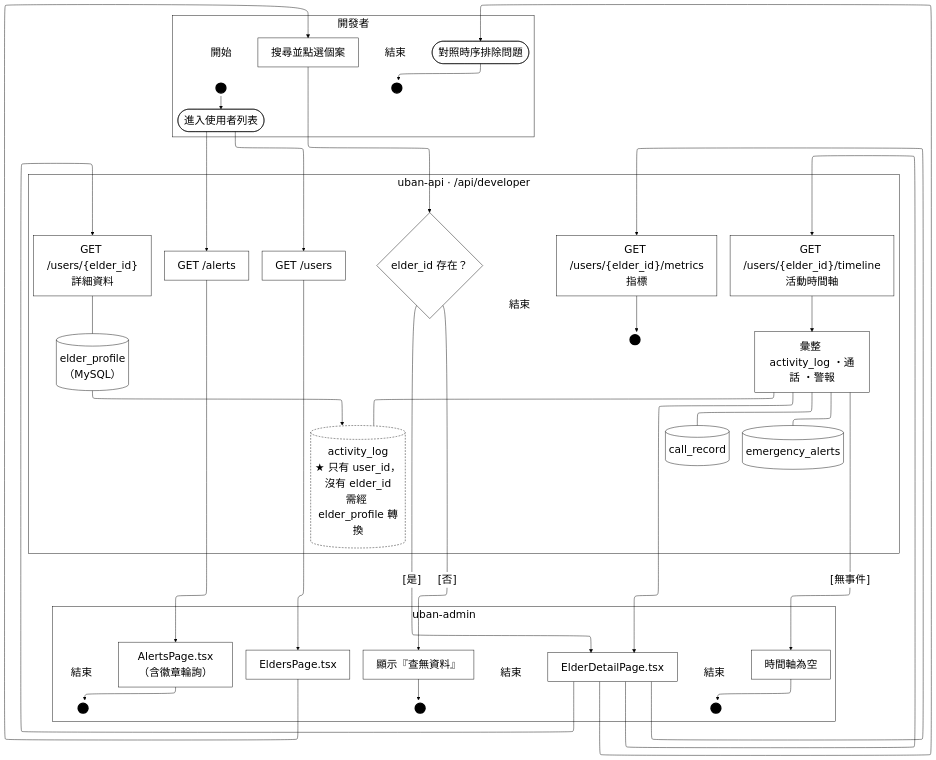
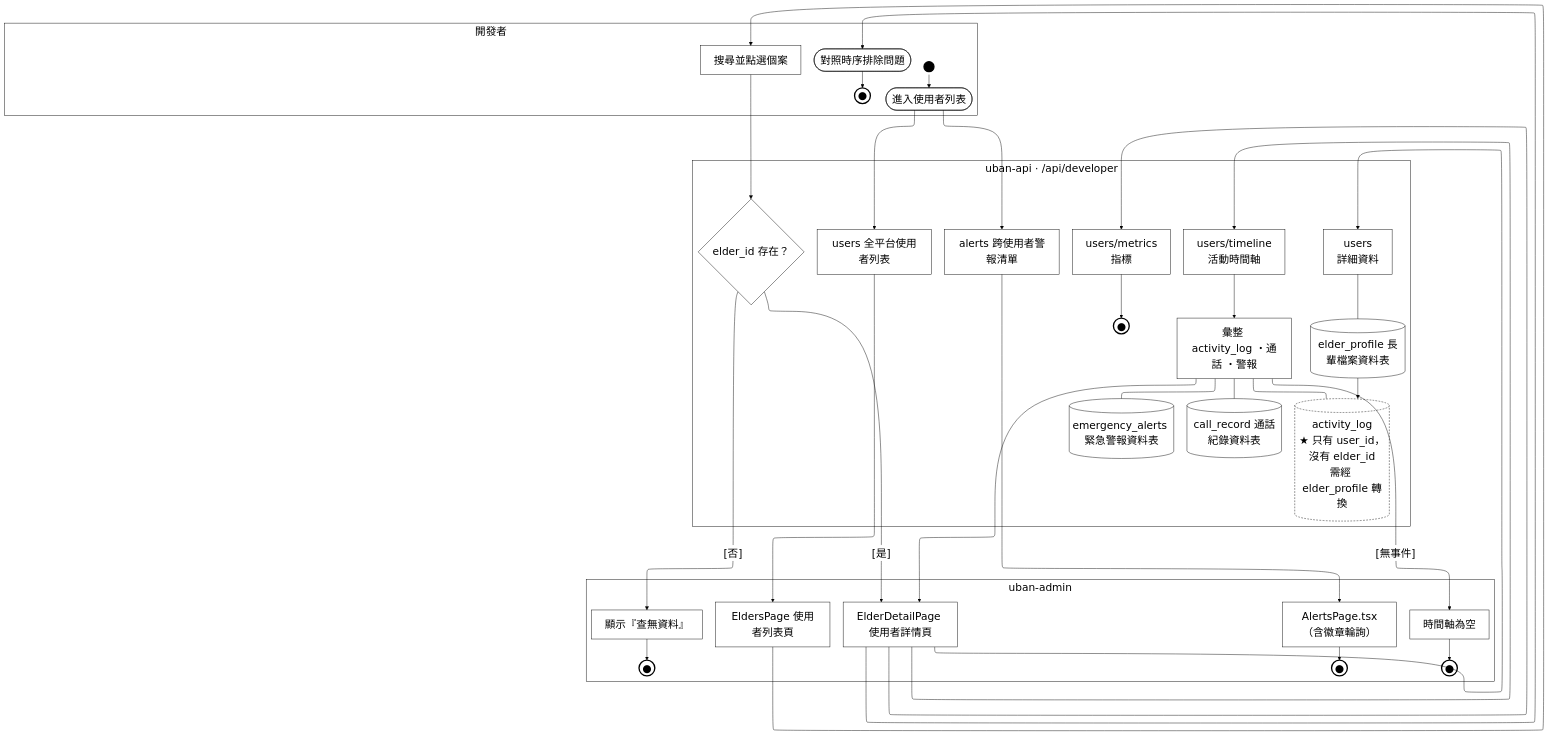
Before and after one commit to HuangYu-Kai/Uban: the diagram in Uban System Documents/mermaid原始碼/A26-使用者除錯.mmd, drawn with Mermaid. The commit also changed 87 other files, not shown here.

First line of the commit message:
圖表：全面改用 draw.io 取代 mermaid，並把 113 個純英文節點改成英中對照

```diff
--- a/Uban System Documents/mermaid原始碼/A26-使用者除錯.mmd
+++ b/Uban System Documents/mermaid原始碼/A26-使用者除錯.mmd
@@ -1,80 +1,71 @@
-%%{init:{"layout":"elk","elk":{"mergeEdges":false},"flowchart":{"htmlLabels":true},"themeVariables":{"clusterBkg":"#FFFFFF","clusterBorder":"#000000","edgeLabelBackground":"#FFFFFF","textColor":"#000000","nodeTextColor":"#000000","titleColor":"#000000","lineColor":"#000000","fontSize":"24px"}}}%%
+%%{init:{"layout":"elk","elk":{"mergeEdges":false,"nodePlacementStrategy":"NETWORK_SIMPLEX"},"flowchart":{"htmlLabels":true},"themeVariables":{"clusterBkg":"#FFFFFF","clusterBorder":"#000000","edgeLabelBackground":"#FFFFFF","textColor":"#000000","nodeTextColor":"#000000","titleColor":"#000000","lineColor":"#000000","fontSize":"24px"}}}%%
 flowchart TD
   subgraph ROLE["開發者"]
-    LS_S1["開始"]:::lbl
+    PAD_ROLE["&nbsp;&nbsp;&nbsp;&nbsp;&nbsp;&nbsp;&nbsp;&nbsp;&nbsp;&nbsp;&nbsp;&nbsp;&nbsp;&nbsp;&nbsp;&nbsp;&nbsp;&nbsp;&nbsp;&nbsp;&nbsp;&nbsp;&nbsp;&nbsp;&nbsp;&nbsp;&nbsp;&nbsp;&nbsp;&nbsp;&nbsp;&nbsp;&nbsp;&nbsp;&nbsp;&nbsp;&nbsp;&nbsp;&nbsp;&nbsp;&nbsp;&nbsp;&nbsp;&nbsp;&nbsp;&nbsp;&nbsp;&nbsp;&nbsp;&nbsp;&nbsp;&nbsp;&nbsp;&nbsp;&nbsp;&nbsp;&nbsp;&nbsp;&nbsp;&nbsp;&nbsp;&nbsp;&nbsp;&nbsp;&nbsp;&nbsp;&nbsp;&nbsp;&nbsp;&nbsp;&nbsp;&nbsp;&nbsp;&nbsp;&nbsp;&nbsp;&nbsp;&nbsp;&nbsp;&nbsp;&nbsp;&nbsp;&nbsp;&nbsp;&nbsp;&nbsp;&nbsp;&nbsp;&nbsp;&nbsp;&nbsp;&nbsp;&nbsp;&nbsp;&nbsp;&nbsp;&nbsp;&nbsp;&nbsp;&nbsp;&nbsp;&nbsp;&nbsp;&nbsp;&nbsp;&nbsp;&nbsp;&nbsp;&nbsp;&nbsp;&nbsp;&nbsp;&nbsp;&nbsp;&nbsp;&nbsp;&nbsp;&nbsp;&nbsp;&nbsp;&nbsp;&nbsp;&nbsp;&nbsp;&nbsp;&nbsp;&nbsp;&nbsp;&nbsp;&nbsp;&nbsp;&nbsp;&nbsp;&nbsp;&nbsp;&nbsp;&nbsp;&nbsp;&nbsp;&nbsp;&nbsp;&nbsp;&nbsp;&nbsp;&nbsp;&nbsp;&nbsp;&nbsp;&nbsp;&nbsp;&nbsp;&nbsp;&nbsp;&nbsp;&nbsp;&nbsp;&nbsp;&nbsp;&nbsp;&nbsp;&nbsp;&nbsp;&nbsp;&nbsp;&nbsp;&nbsp;&nbsp;&nbsp;&nbsp;&nbsp;&nbsp;&nbsp;&nbsp;&nbsp;&nbsp;&nbsp;&nbsp;&nbsp;&nbsp;&nbsp;&nbsp;&nbsp;&nbsp;&nbsp;&nbsp;&nbsp;&nbsp;&nbsp;&nbsp;&nbsp;&nbsp;&nbsp;&nbsp;&nbsp;"]:::pad
     ST_S1(("&nbsp;")):::term
     S1([進入使用者列表]):::act
     S2["搜尋並點選個案"]:::act
     S3(["對照時序排除問題"]):::act
-    LE_S3["結束"]:::lbl
-    EN_S3(("&nbsp;")):::term
+    EN_S3(("●")):::endterm
   end
   subgraph FE["uban-admin"]
-    A1["EldersPage.tsx"]:::act
-    A2["ElderDetailPage.tsx"]:::act
+    PAD_FE["&nbsp;&nbsp;&nbsp;&nbsp;&nbsp;&nbsp;&nbsp;&nbsp;&nbsp;&nbsp;&nbsp;&nbsp;&nbsp;&nbsp;&nbsp;&nbsp;&nbsp;&nbsp;&nbsp;&nbsp;&nbsp;&nbsp;&nbsp;&nbsp;&nbsp;&nbsp;&nbsp;&nbsp;&nbsp;&nbsp;&nbsp;&nbsp;&nbsp;&nbsp;&nbsp;&nbsp;&nbsp;&nbsp;&nbsp;&nbsp;&nbsp;&nbsp;&nbsp;&nbsp;&nbsp;&nbsp;&nbsp;&nbsp;&nbsp;&nbsp;&nbsp;&nbsp;&nbsp;&nbsp;&nbsp;&nbsp;&nbsp;&nbsp;&nbsp;&nbsp;&nbsp;&nbsp;&nbsp;&nbsp;&nbsp;&nbsp;&nbsp;&nbsp;&nbsp;&nbsp;&nbsp;&nbsp;&nbsp;&nbsp;&nbsp;&nbsp;&nbsp;&nbsp;&nbsp;&nbsp;&nbsp;"]:::pad
+    A1["EldersPage 使用者列表頁"]:::act
+    A2["ElderDetailPage 使用者詳情頁"]:::act
     A3["AlertsPage.tsx（含徽章輪詢）"]:::act
-    LE_A3["結束"]:::lbl
-    EN_A3(("&nbsp;")):::term
+    EN_A3(("●")):::endterm
     A4["顯示『查無資料』"]:::act
-    LE_A4["結束"]:::lbl
-    EN_A4(("&nbsp;")):::term
+    EN_A4(("●")):::endterm
     A5["時間軸為空"]:::act
-    LE_A5["結束"]:::lbl
-    EN_A5(("&nbsp;")):::term
+    EN_A5(("●")):::endterm
   end
   subgraph BE["uban-api · /api/developer"]
-    B1["GET /users"]:::act
+    B1["users 全平台使用者列表"]:::act
     B2{"elder_id 存在？"}:::dec
-    B3["GET /users/{elder_id}<br/>詳細資料"]:::act
-    B4["GET /users/{elder_id}/metrics<br/>指標"]:::act
-    LE_B4["結束"]:::lbl
-    EN_B4(("&nbsp;")):::term
-    B5["GET /users/{elder_id}/timeline<br/>活動時間軸"]:::act
-    B6["GET /alerts"]:::act
+    B3["users<br/>詳細資料"]:::act
+    B4["users/metrics<br/>指標"]:::act
+    EN_B4(("●")):::endterm
+    B5["users/timeline<br/>活動時間軸"]:::act
+    B6["alerts 跨使用者警報清單"]:::act
     B7["彙整 activity_log ・通話 ・警報"]:::act
-    D1[("elder_profile<br/>（MySQL）")]:::act
+    D1[("elder_profile 長輩檔案資料表")]:::act
     D2[("activity_log<br/>★ 只有 user_id，沒有 elder_id<br/>需經 elder_profile 轉換")]:::gap
-    D3[("call_record")]:::act
-    D4[("emergency_alerts")]:::act
+    D3[("call_record 通話紀錄資料表")]:::act
+    D4[("emergency_alerts 緊急警報資料表")]:::act
   end
 
-  LS_S1 ~~~ ST_S1
   ST_S1 --> S1
   S1 --> B1
   B1 --> A1
   A1 --> S2
   S2 --> B2
   B2 -->|"[否]"| A4
   B2 -->|"[是]"| A2
   A2 --> B3
   B3 --- D1
   A2 --> B4
   A2 --> B5
   B5 --> B7
   D1 --> D2
   B7 --- D2
   B7 --- D3
   B7 --- D4
   B7 --> A2
   A2 --> S3
   B7 -->|"[無事件]"| A5
   S1 --> B6
   B6 --> A3
   S3 --> EN_S3
-  LE_S3 ~~~ EN_S3
   A3 --> EN_A3
-  LE_A3 ~~~ EN_A3
   A4 --> EN_A4
-  LE_A4 ~~~ EN_A4
   A5 --> EN_A5
-  LE_A5 ~~~ EN_A5
   B4 --> EN_B4
-  LE_B4 ~~~ EN_B4
   %% 鎖住泳道順序：ELK 不照宣告順序排，沒有這條鏈後端會跑到最上面
   ROLE ~~~ FE ~~~ BE
 
+  classDef pad  fill:none,stroke:none,color:#FFFFFF
   classDef act  fill:#FFFFFF,stroke:#000000,stroke-width:1px,color:#000000
   classDef dec  fill:#FFFFFF,stroke:#000000,stroke-width:1px,color:#000000
   classDef term fill:#000000,stroke:#000000,stroke-width:3px,color:#000000
+  classDef endterm fill:#FFFFFF,stroke:#000000,stroke-width:3px,color:#000000
   classDef gap  fill:#FFFFFF,stroke:#000000,stroke-width:1px,color:#000000,stroke-dasharray:4 3
-  classDef lbl  fill:none,stroke:none,color:#000000
```
